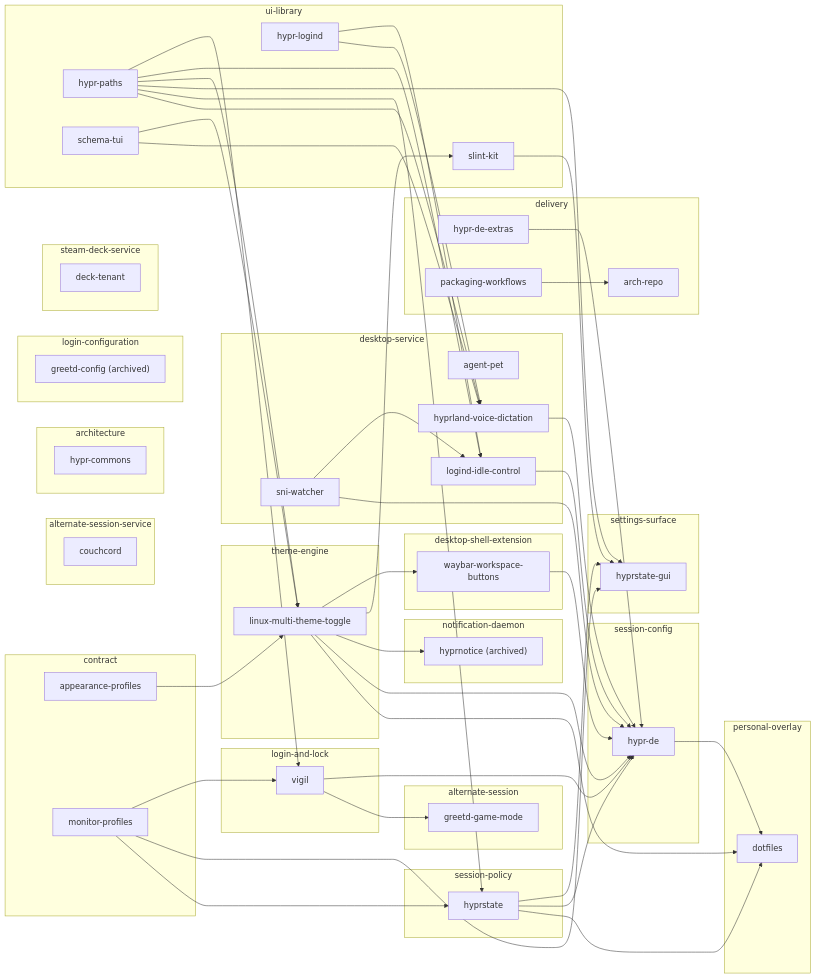
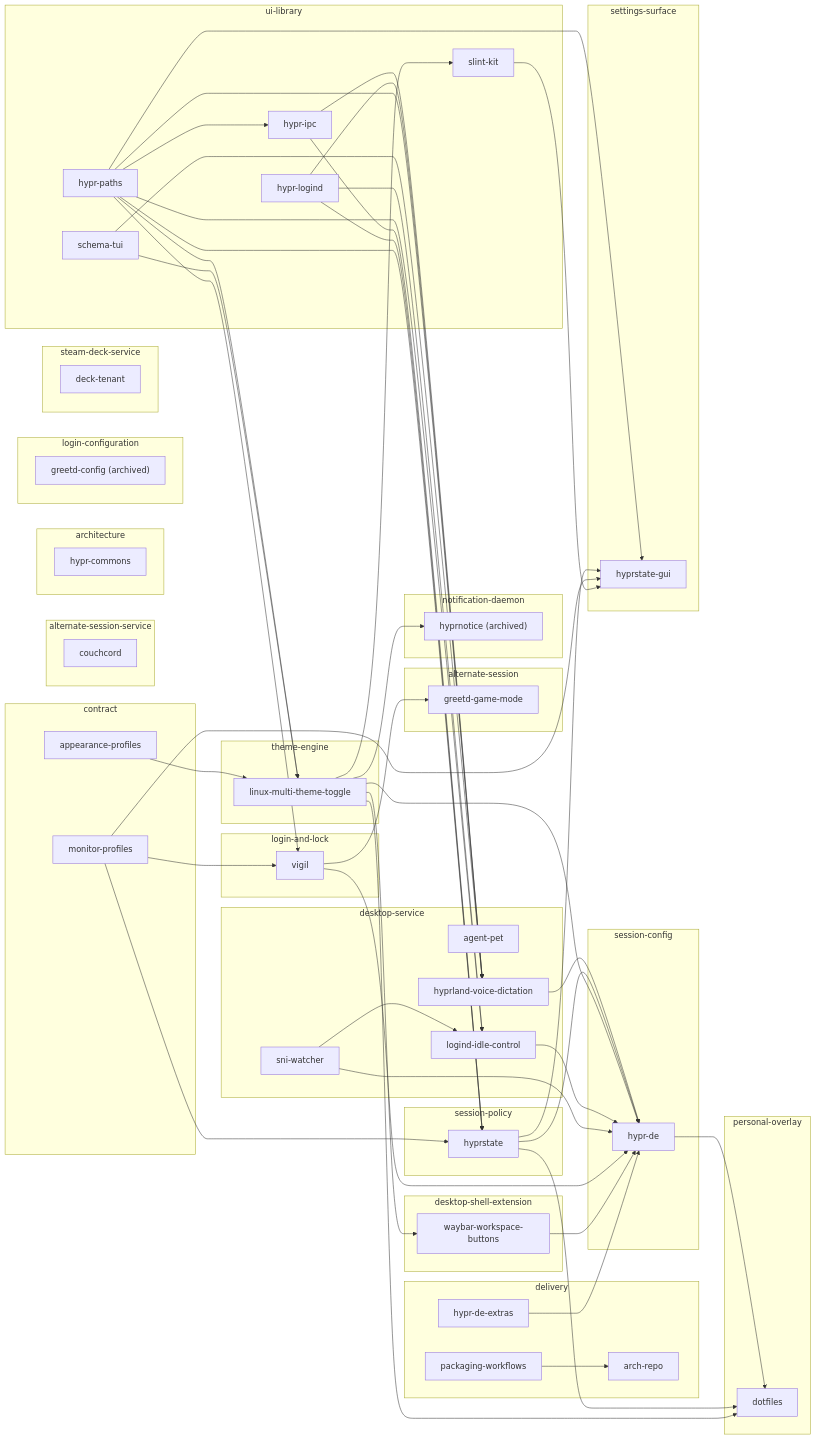
One commit to MasonRhodesDev/desktop-commons changed the diagram in docs/ECOSYSTEM.md. Above: the diagram before and after it, drawn with Mermaid. The commit also changed other lines of this file and 21 other files, not shown here.

Commit message:
feat: add hypr-ipc, suite-doctor, and crates.io GHA publish

```diff
--- a/docs/ECOSYSTEM.md
+++ b/docs/ECOSYSTEM.md
@@ -61,6 +61,7 @@
         repo_linux_multi_theme_toggle["linux-multi-theme-toggle"]
     end
     subgraph role_ui_library["ui-library"]
+        repo_hypr_ipc["hypr-ipc"]
         repo_hypr_logind["hypr-logind"]
         repo_hypr_paths["hypr-paths"]
         repo_schema_tui["schema-tui"]
@@ -79,10 +80,14 @@
     repo_sni_watcher --> repo_hypr_de
     repo_vigil --> repo_hypr_de
     repo_waybar_workspace_buttons --> repo_hypr_de
+    repo_hypr_paths --> repo_hypr_ipc
+    repo_hypr_ipc --> repo_hyprland_voice_dictation
     repo_hypr_logind --> repo_hyprland_voice_dictation
     repo_hypr_paths --> repo_hyprland_voice_dictation
     repo_schema_tui --> repo_hyprland_voice_dictation
     repo_linux_multi_theme_toggle --> repo_hyprnotice
+    repo_hypr_ipc --> repo_hyprstate
+    repo_hypr_logind --> repo_hyprstate
     repo_hypr_paths --> repo_hyprstate
     repo_monitor_profiles --> repo_hyprstate
     repo_hypr_paths --> repo_hyprstate_gui
```
